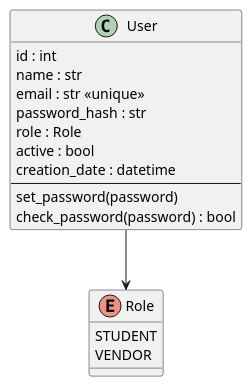
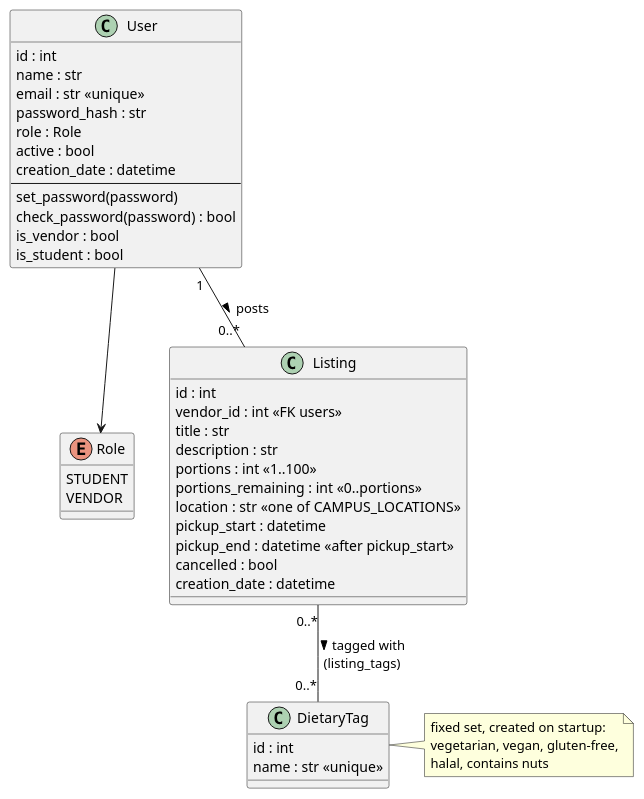
One commit to AdenPotato/CS3250-project-2 changed the diagram in uml/class.wsd. Above: the diagram before and after it, drawn with PlantUML. The commit also changed 2 other files, not shown here.

Commit message:
CS-16 add listing and dietary tag models (#78)
CS-16 started listing models

```diff
--- a/uml/class.wsd
+++ b/uml/class.wsd
@@ -1,23 +1,52 @@
 @startuml class
 
 enum Role {
     STUDENT
     VENDOR
 }
 
 class User {
     id : int
     name : str
     email : str <<unique>>
     password_hash : str
     role : Role
     active : bool
     creation_date : datetime
     --
     set_password(password)
     check_password(password) : bool
+    is_vendor : bool
+    is_student : bool
 }
 
+class Listing {
+    id : int
+    vendor_id : int <<FK users>>
+    title : str
+    description : str
+    portions : int <<1..100>>
+    portions_remaining : int <<0..portions>>
+    location : str <<one of CAMPUS_LOCATIONS>>
+    pickup_start : datetime
+    pickup_end : datetime <<after pickup_start>>
+    cancelled : bool
+    creation_date : datetime
+}
+
+class DietaryTag {
+    id : int
+    name : str <<unique>>
+}
+
+note right of DietaryTag
+  fixed set, created on startup:
+  vegetarian, vegan, gluten-free,
+  halal, contains nuts
+end note
+
 User --> Role
+User "1" -- "0..*" Listing : posts >
+Listing "0..*" -- "0..*" DietaryTag : tagged with >\n(listing_tags)
 
 @enduml
```
